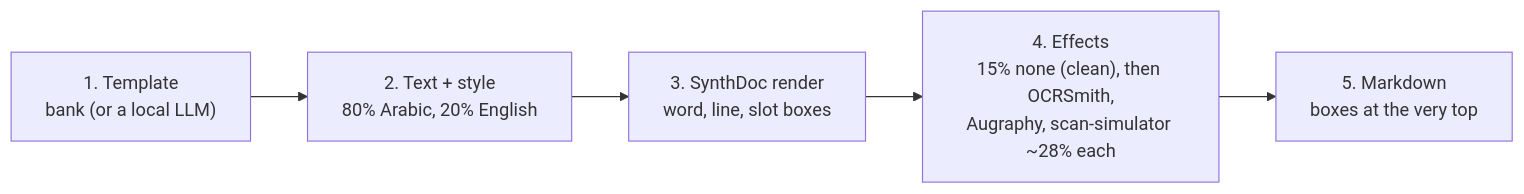
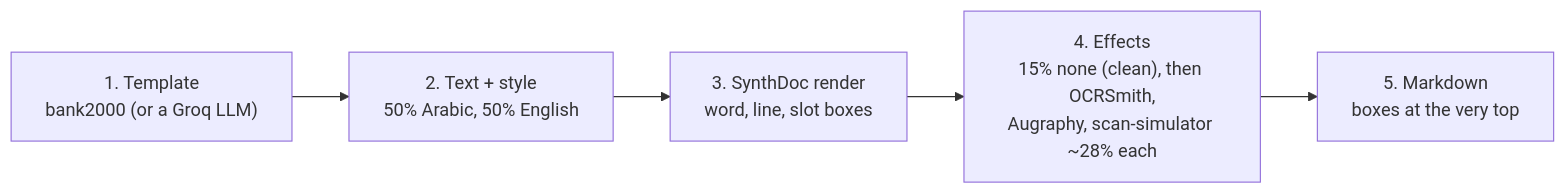
One commit to Yousef10p/OCRSynthGen changed the tenth of 13 diagrams in README.md. Above: the diagram before and after it, drawn with Mermaid. The commit also changed other lines of this file and 4021 other files, not shown here.

````diff
--- a/README.md
+++ b/README.md
@@ -447,7 +519,7 @@
 ```mermaid
 flowchart LR
-    T["1. Template<br/>bank (or a local LLM)"] --> F["2. Text + style<br/>80% Arabic, 20% English"]
+    T["1. Template<br/>bank2000 (or a Groq LLM)"] --> F["2. Text + style<br/>50% Arabic, 50% English"]
     F --> R["3. SynthDoc render<br/>word, line, slot boxes"]
     R --> E["4. Effects<br/>15% none (clean), then OCRSmith,<br/>Augraphy, scan-simulator ~28% each"]
     E --> M["5. Markdown<br/>boxes at the very top"]
 ```
````
